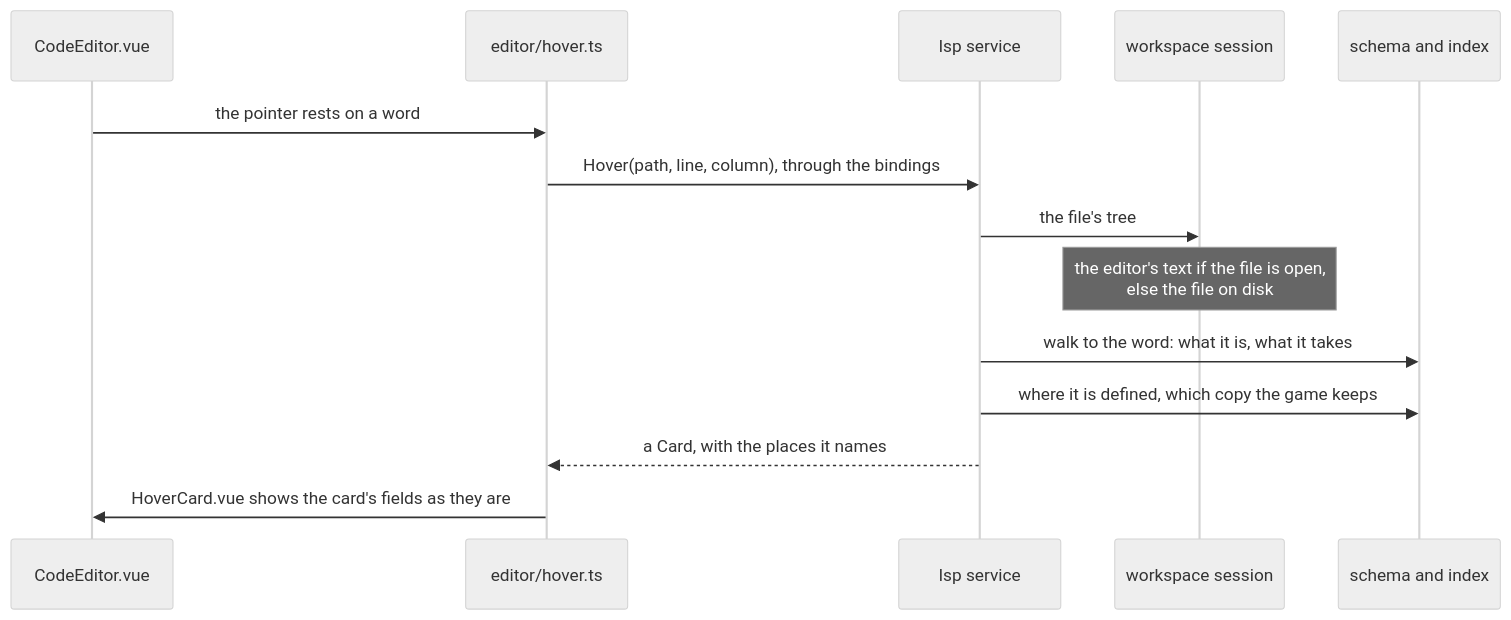
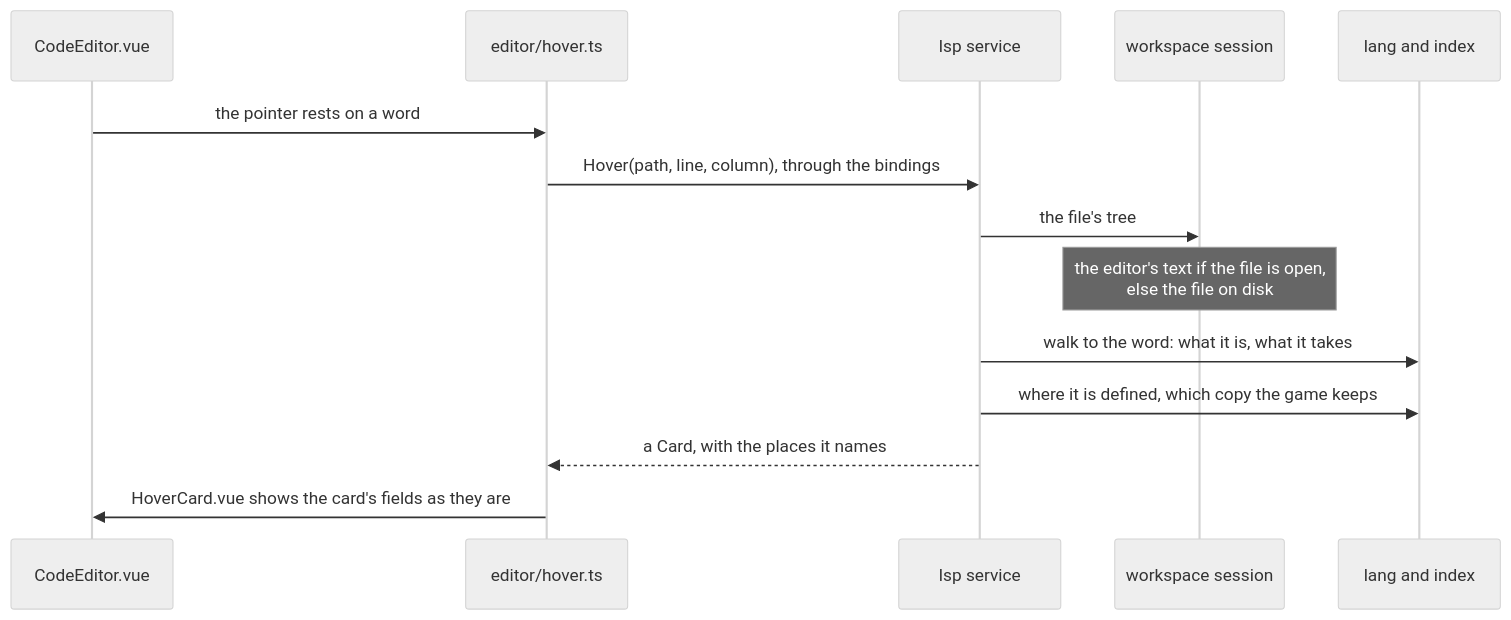
One commit to idodavis/paradox-modding-tools changed the fifth of 7 diagrams in docs/ARCHITECTURE.md. Above: the diagram before and after it, drawn with Mermaid (neutral theme). The commit also changed other lines of this file and 126 other files, not shown here.

Commit message:
Main portion of refactor done. Split schema into two packages to support more sensible and logical design. More to come

````diff
--- a/docs/ARCHITECTURE.md
+++ b/docs/ARCHITECTURE.md
@@ -182,16 +184,16 @@
 ```mermaid
 sequenceDiagram
   participant Editor as CodeEditor.vue
   participant Card as editor/hover.ts
   participant LSP as lsp service
   participant Session as workspace session
-  participant Engine as schema and index
+  participant Engine as lang and index
   Editor->>Card: the pointer rests on a word
   Card->>LSP: Hover(path, line, column), through the bindings
   LSP->>Session: the file's tree
   Note over Session: the editor's text if the file is open,<br/>else the file on disk
   LSP->>Engine: walk to the word: what it is, what it takes
   LSP->>Engine: where it is defined, which copy the game keeps
   LSP-->>Card: a Card, with the places it names
   Card->>Editor: HoverCard.vue shows the card's fields as they are
 ```
````
